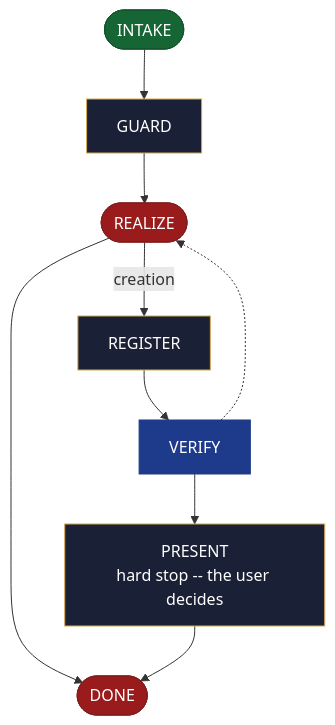
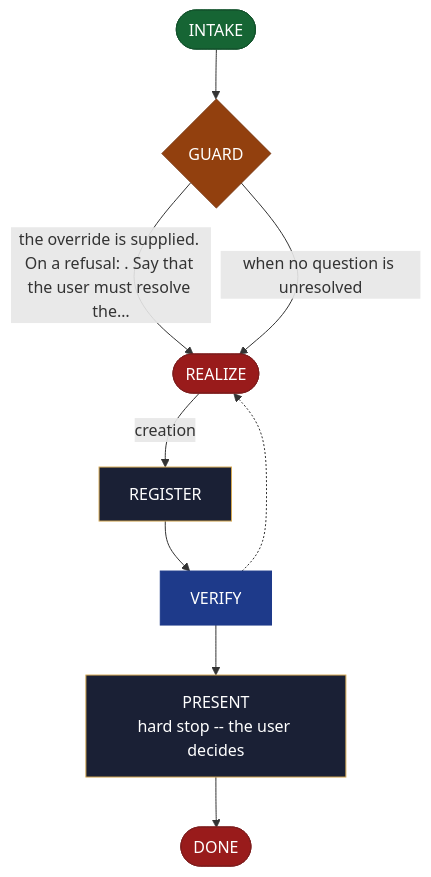
One commit to AndreVianna/aid-methodology changed the diagram in site/src/content/docs/skills/aid-create-backlog.md. Above: the diagram before and after it, drawn with Mermaid. The commit also changed other lines of this file and 195 other files, not shown here.

First line of the commit message:
delivery-002 review fix (cycle 1): sub-step pointers are notes, not advance lines; orchestrate under its line cap, question rule cited not restated; residual flow rungs read advance words; site regenerated; ledger rows marked Fixed (D3-11 left open)

````diff
--- a/site/src/content/docs/skills/aid-create-backlog.md
+++ b/site/src/content/docs/skills/aid-create-backlog.md
@@ -20,38 +20,38 @@
 ```mermaid
 flowchart TB
   classDef aidNode color:#fff
   classDef aidEntry fill:#166534,stroke:#14532d,color:#fff
   classDef aidExit fill:#991b1b,stroke:#7f1d1d,color:#fff
   classDef aidDecision fill:#92400e,stroke:#78350f,color:#fff
   classDef aidLoopBack fill:#1e3a8a,stroke:#1e3a8a,color:#fff
   classDef aidStep fill:#1a2035,stroke:#d4a853,color:#f1f5f9
   n1(["INTAKE"])
-  n2["GUARD"]
+  n2{"GUARD"}
   n3(["REALIZE"])
   n4["REGISTER"]
   n5["VERIFY"]
   n6["PRESENT<br/>hard stop -- the user decides"]
   n7(["DONE"])
   n1 --> n2
-  n2 --> n3
+  n2 -->|"the override is supplied. On a refusal: . Say that the user must resolve the…"| n3
+  n2 -->|"when no question is unresolved"| n3
   n3 -->|"creation"| n4
-  n3 --> n7
   n4 --> n5
   n5 -.-> n3
   n5 --> n6
   n6 --> n7
   class n1 aidEntry
-  class n2 aidStep
+  class n2 aidDecision
   class n3 aidExit
   class n4 aidStep
   class n5 aidLoopBack
   class n6 aidStep
   class n7 aidExit
   class n1 aidNode
   class n2 aidNode
   class n3 aidNode
   class n4 aidNode
   class n5 aidNode
   class n6 aidNode
   class n7 aidNode
 ```
````
